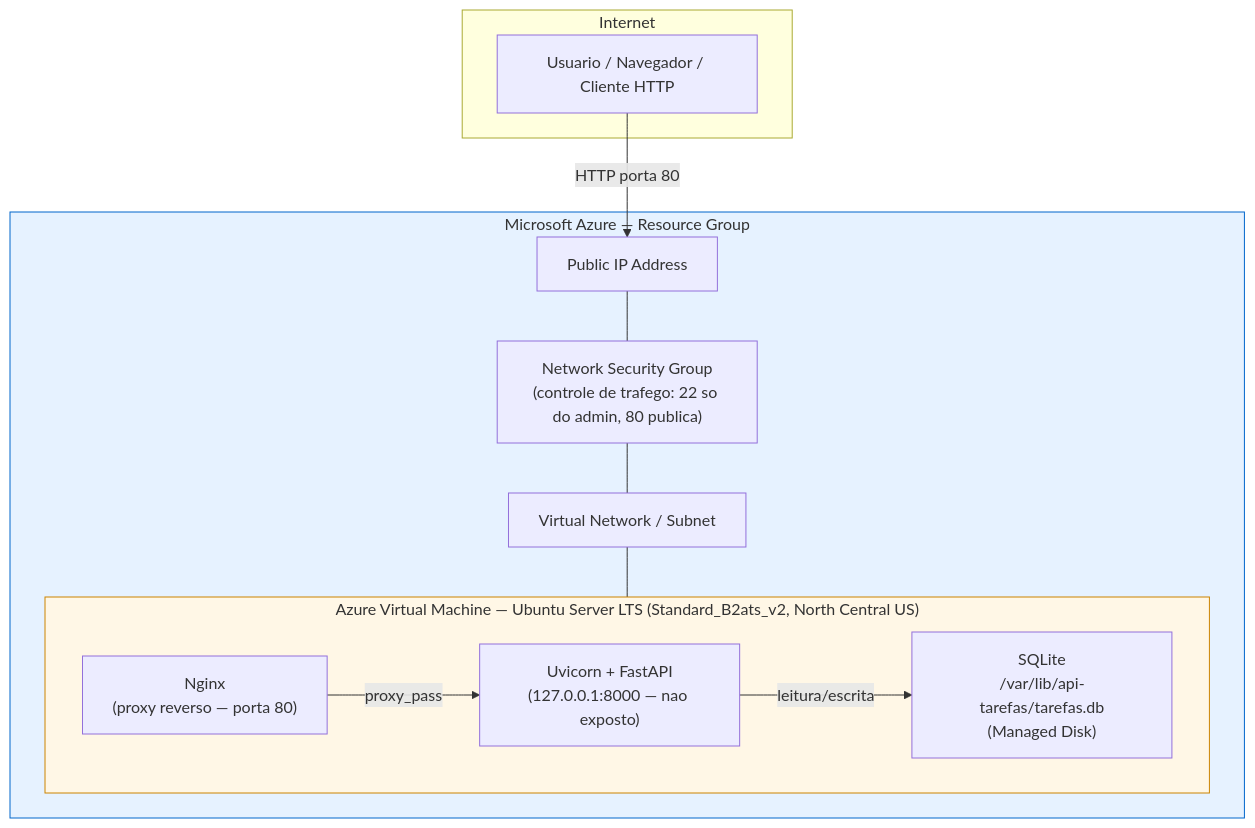
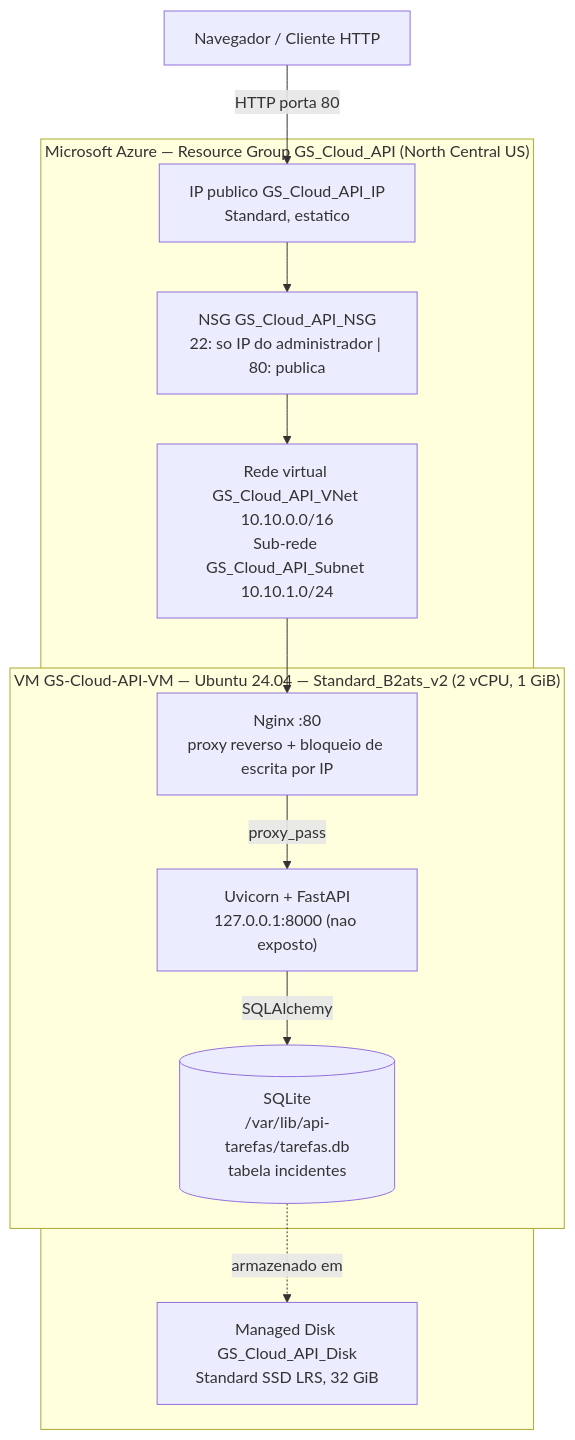
The diagram in docs/diagramas/01-arquitetura-azure.md (brenoaveiro/api-tarefas-fastapi-sqlite-azure), drawn with Mermaid before and after one commit. The commit also changed other lines of this file and 15 other files, not shown here.

Commit message:
feat(i18n): textos da interface, API e Swagger em portugues com acentos; diagramas atualizados

````diff
--- a/docs/diagramas/01-arquitetura-azure.md
+++ b/docs/diagramas/01-arquitetura-azure.md
@@ -7,34 +3,26 @@
 ```mermaid
 flowchart TB
-    Usuario["Usuario / Navegador / Cliente HTTP"]
+    Usuario["Navegador / Cliente HTTP"]
 
-    subgraph Internet[" Internet "]
-        Usuario
+    subgraph Azure["Microsoft Azure — Resource Group GS_Cloud_API (North Central US)"]
+        PIP["IP publico GS_Cloud_API_IP\nStandard, estatico"]
+        NSG["NSG GS_Cloud_API_NSG\n22: so IP do administrador | 80: publica"]
+        VN["Rede virtual GS_Cloud_API_VNet 10.10.0.0/16
+Sub-rede GS_Cloud_API_Subnet 10.10.1.0/24"]
+        subgraph VM["VM GS-Cloud-API-VM — Ubuntu 24.04 — Standard_B2ats_v2 (2 vCPU, 1 GiB)"]
+            Nginx["Nginx :80
+proxy reverso + bloqueio de escrita por IP"]
+            App["Uvicorn + FastAPI
+127.0.0.1:8000 (nao exposto)"]
+            DB[("SQLite
+/var/lib/api-tarefas/tarefas.db
+tabela incidentes")]
+        end
+        Disco["Managed Disk GS_Cloud_API_Disk\nStandard SSD LRS, 32 GiB"]
     end
 
-    subgraph Azure["Microsoft Azure — Resource Group"]
-        PublicIP["Public IP Address"]
-        NSG["Network Security Group\n(controle de trafego: 22 so do admin, 80 publica)"]
-        VNet["Virtual Network / Subnet"]
-
-        subgraph VM["Azure Virtual Machine — Ubuntu Server LTS (Standard_B2ats_v2, North Central US)"]
-            Nginx["Nginx\n(proxy reverso — porta 80)"]
-            Uvicorn["Uvicorn + FastAPI\n(127.0.0.1:8000 — nao exposto)"]
-            SQLite["SQLite\n/var/lib/api-tarefas/tarefas.db\n(Managed Disk)"]
-
-            Nginx -->|proxy_pass| Uvicorn
-            Uvicorn -->|leitura/escrita| SQLite
-        end
-
-        PublicIP --- NSG
-        NSG --- VNet
-        VNet --- VM
-    end
-
-    Usuario -->|HTTP porta 80| PublicIP
-
-    classDef azureBox fill:#e6f2ff,stroke:#0066cc;
-    classDef vmBox fill:#fff7e6,stroke:#cc8400;
-    class Azure azureBox
-    class VM vmBox
+    Usuario -->|HTTP porta 80| PIP --> NSG --> VN --> Nginx
+    Nginx -->|proxy_pass| App
+    App -->|SQLAlchemy| DB
+    DB -.->|armazenado em| Disco
 ```
````
